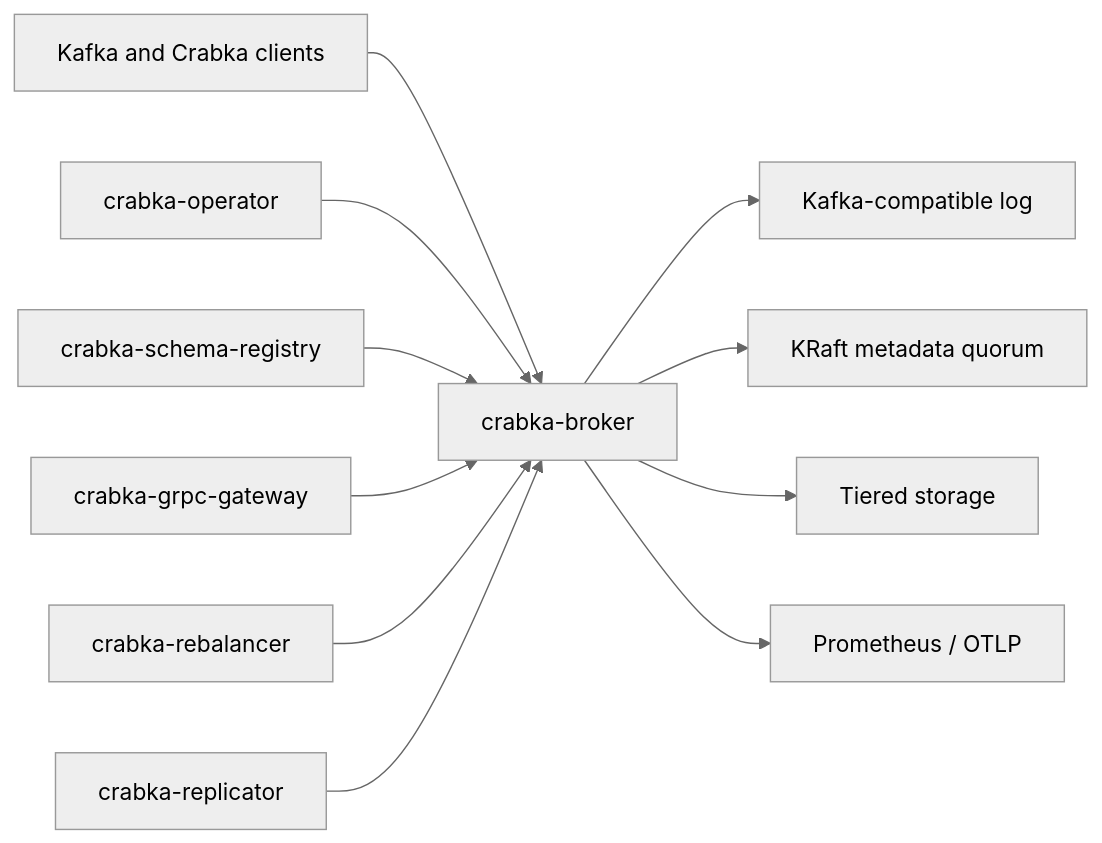
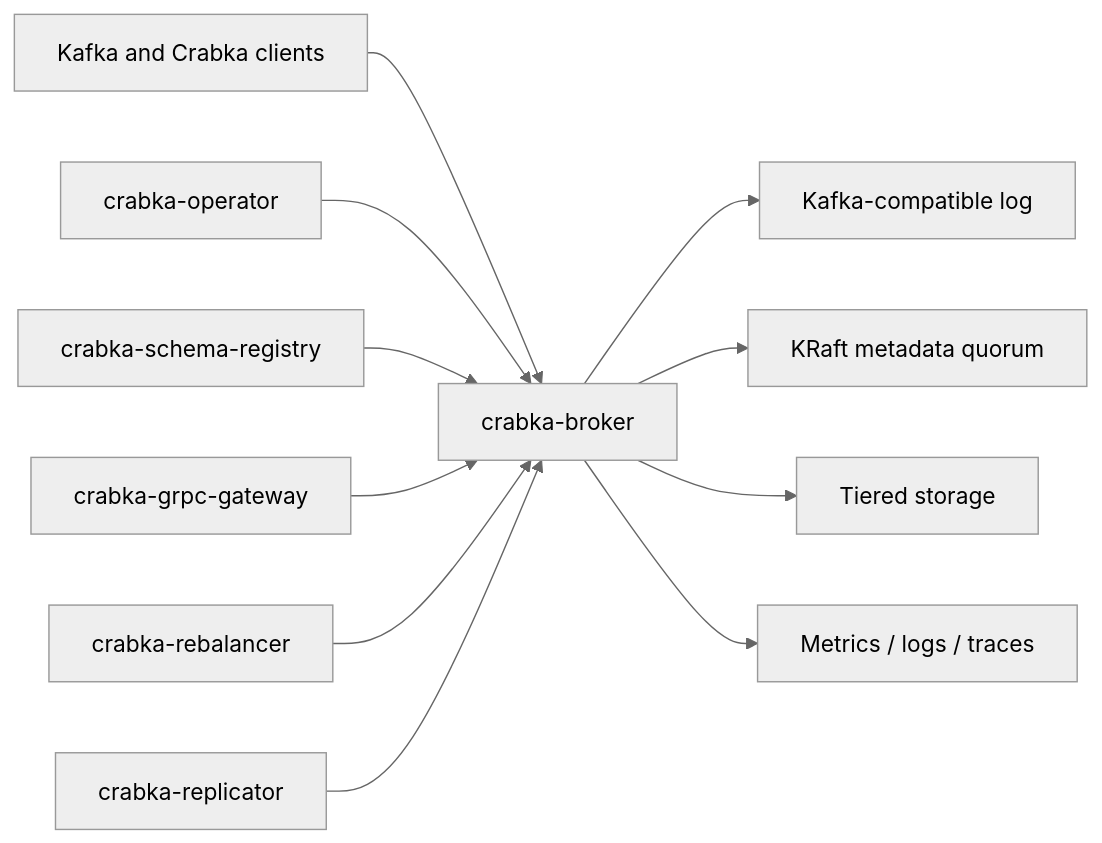
The diagram in README.md (robot-head/crabka), drawn with Mermaid (neutral theme) before and after one commit. The commit also changed other lines of this file, not shown here.

````diff
--- a/README.md
+++ b/README.md
@@ -252,13 +180,13 @@
 ```mermaid
 flowchart LR
     clients[Kafka and Crabka clients] --> broker[crabka-broker]
     broker --> log[Kafka-compatible log]
     broker --> kraft[KRaft metadata quorum]
     broker --> remote[Tiered storage]
-    broker --> metrics[Prometheus / OTLP]
+    broker --> telemetry[Metrics / logs / traces]
     operator[crabka-operator] --> broker
     registry[crabka-schema-registry] --> broker
     gateway[crabka-grpc-gateway] --> broker
     rebalancer[crabka-rebalancer] --> broker
     replicator[crabka-replicator] --> broker
 ```
````
